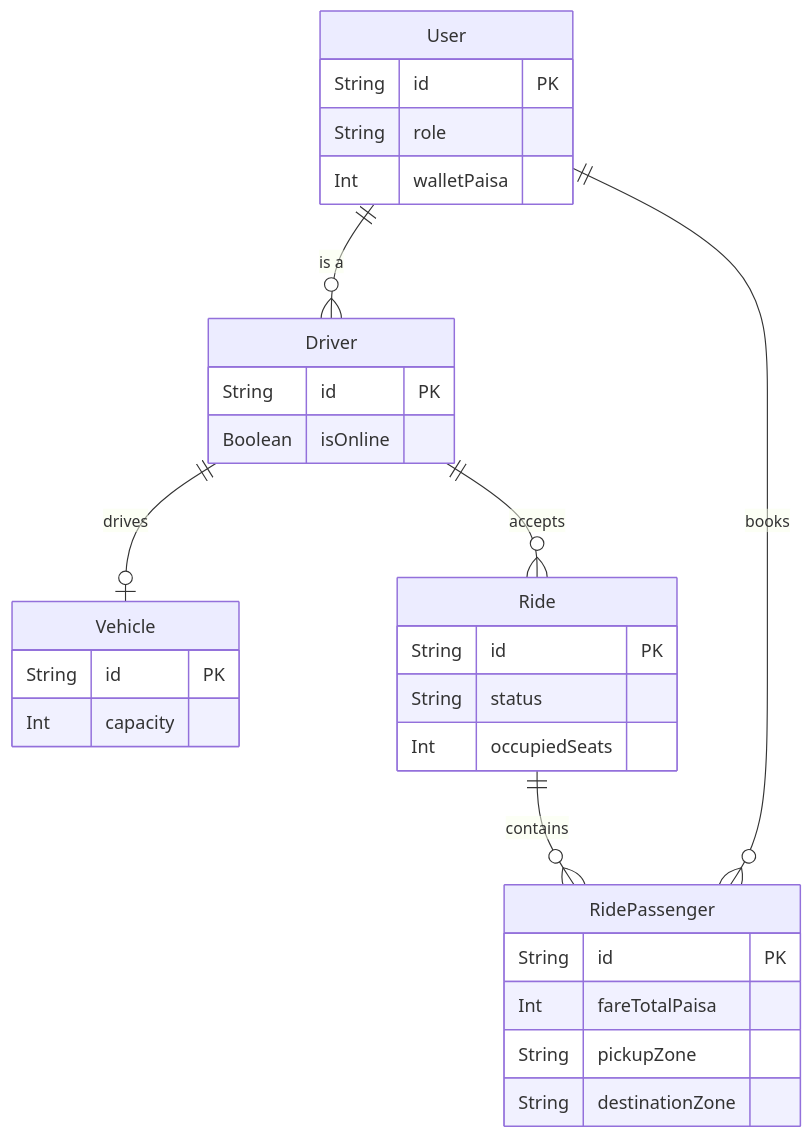
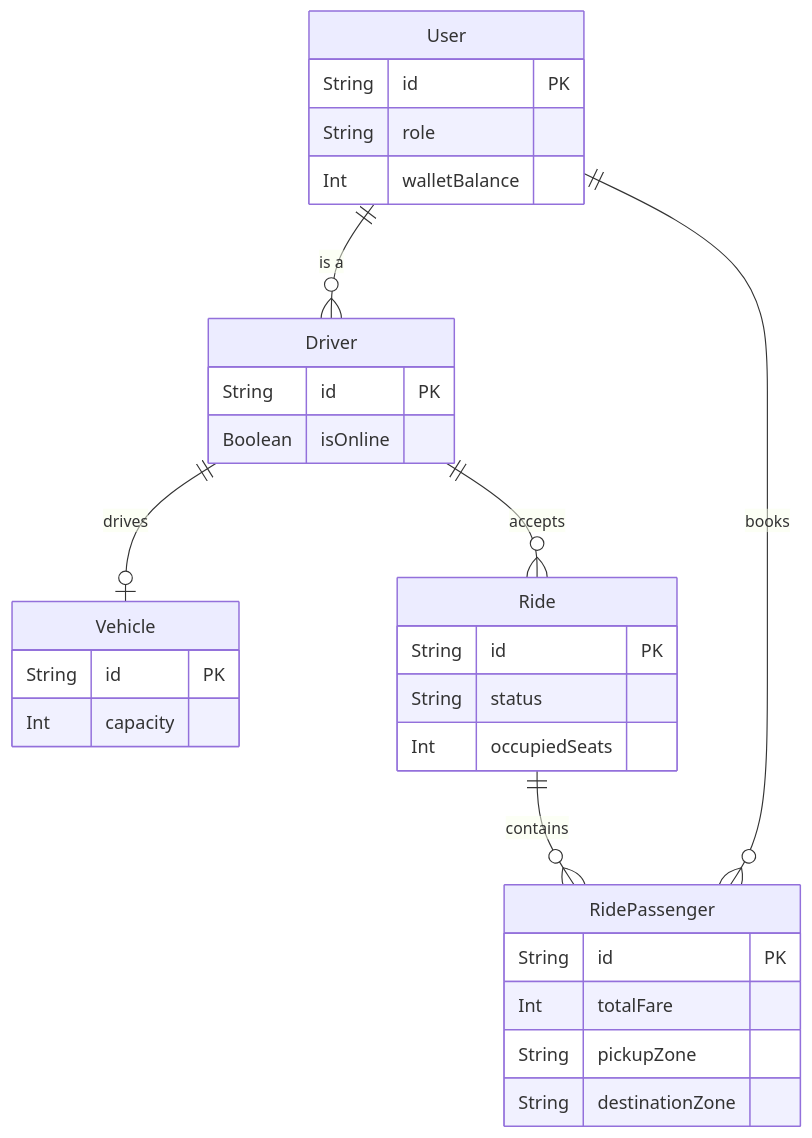
One commit to shamsulalam1114/dhaka-tesla-pool changed the diagram in README.md. Above: the diagram before and after it, drawn with Mermaid. The commit also changed other lines of this file, not shown here.

````diff
--- a/README.md
+++ b/README.md
@@ -26,33 +17,33 @@
 ```mermaid
 erDiagram
     User ||--o{ Driver : "is a"
     User ||--o{ RidePassenger : "books"
     Driver ||--o| Vehicle : "drives"
     Driver ||--o{ Ride : "accepts"
     Ride ||--o{ RidePassenger : "contains"
 
     User {
         String id PK
         String role
-        Int walletPaisa
+        Int walletBalance
     }
     Driver {
         String id PK
         Boolean isOnline
     }
     Vehicle {
         String id PK
         Int capacity
     }
     Ride {
         String id PK
         String status
         Int occupiedSeats
     }
     RidePassenger {
         String id PK
-        Int fareTotalPaisa
+        Int totalFare
         String pickupZone
         String destinationZone
     }
 ```
````
